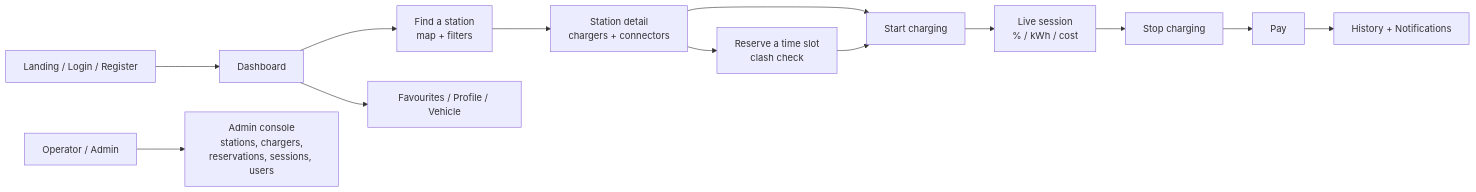
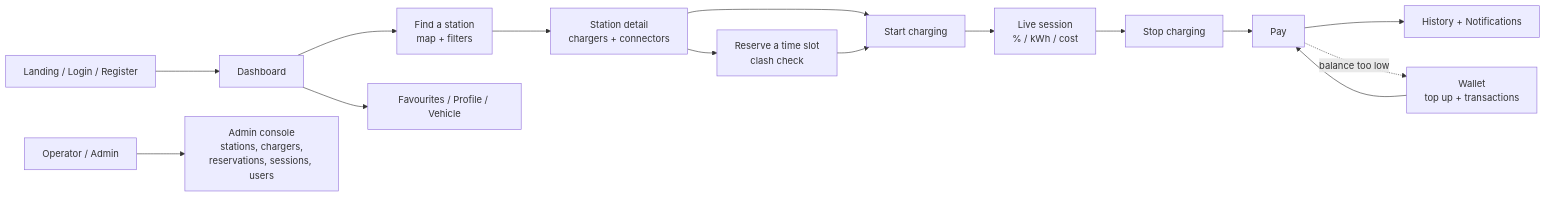
One commit to raftisz/Ev-charging-app changed the fifth of 5 diagrams in docs/system-diagrams.md. Above: the diagram before and after it, drawn with Mermaid. The commit also changed 13 other files, not shown here.

First line of the commit message:
Add wallet top-up and a transaction list

````diff
--- a/docs/system-diagrams.md
+++ b/docs/system-diagrams.md
@@ -206,15 +206,17 @@
 ```mermaid
 flowchart LR
     A["Landing / Login / Register"] --> B["Dashboard"]
     B --> C["Find a station<br/>map + filters"]
     C --> D["Station detail<br/>chargers + connectors"]
     D --> E["Reserve a time slot<br/>clash check"]
     D --> F["Start charging"]
     E --> F
     F --> G["Live session<br/>% / kWh / cost"]
     G --> H["Stop charging"]
     H --> I["Pay"]
     I --> J["History + Notifications"]
+    I -.->|"balance too low"| W["Wallet<br/>top up + transactions"]
+    W --> I
     B --> K["Favourites / Profile / Vehicle"]
     L["Operator / Admin"] --> M["Admin console<br/>stations, chargers,<br/>reservations, sessions, users"]
 ```
````
